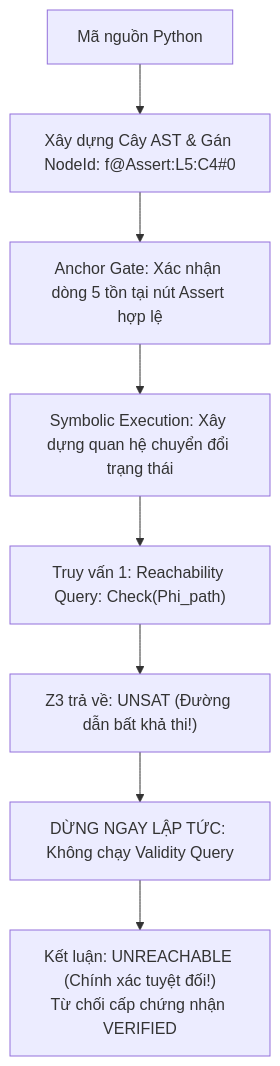
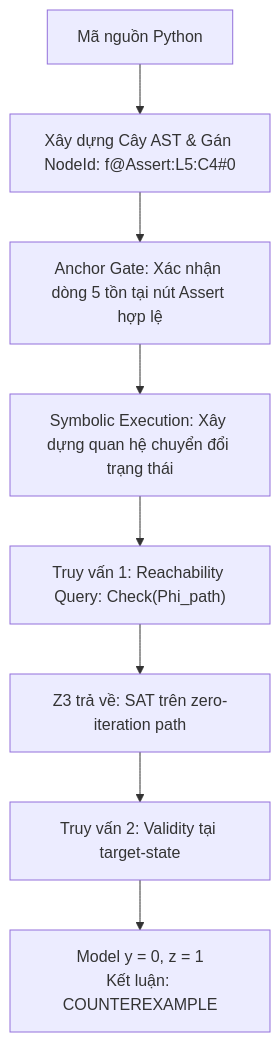
The second of 2 diagrams in reports/BAO_CAO_CHUYEN_SAU_COMPLEX.md (thanhcong10082005/Formal-Program-Verification-via-LLM-Chain-of-Thought-and-SMT-Logic), drawn with Mermaid before and after one commit. The commit also changed other lines of this file and 17 other files, not shown here.

````diff
--- a/reports/BAO_CAO_CHUYEN_SAU_COMPLEX.md
+++ b/reports/BAO_CAO_CHUYEN_SAU_COMPLEX.md
@@ -190,10 +198,10 @@
 ```mermaid
 flowchart TD
     Start["Mã nguồn Python"] --> BuildAST["Xây dựng Cây AST & Gán NodeId: f@Assert:L5:C4#0"]
     BuildAST --> AnchorGate["Anchor Gate: Xác nhận dòng 5 tồn tại nút Assert hợp lệ"]
     AnchorGate --> SymExec["Symbolic Execution: Xây dựng quan hệ chuyển đổi trạng thái"]
     SymExec --> Query1["Truy vấn 1: Reachability Query: Check(Phi_path)"]
-    Query1 --> UnsatFound["Z3 trả về: UNSAT (Đường dẫn bất khả thi!)"]
-    UnsatFound --> EarlyStop["DỪNG NGAY LẬP TỨC: Không chạy Validity Query"]
-    EarlyStop --> RightVerdict["Kết luận: UNREACHABLE (Chính xác tuyệt đối!)<br>Từ chối cấp chứng nhận VERIFIED"]
+    Query1 --> SatFound["Z3 trả về: SAT trên zero-iteration path"]
+    SatFound --> Query2["Truy vấn 2: Validity tại target-state"]
+    Query2 --> Counterexample["Model y = 0, z = 1<br>Kết luận: COUNTEREXAMPLE"]
 ```
````
